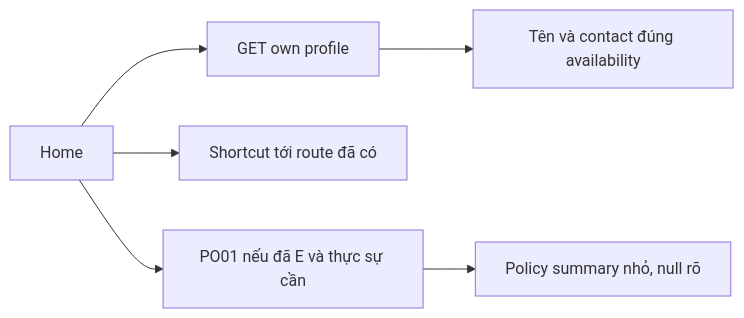
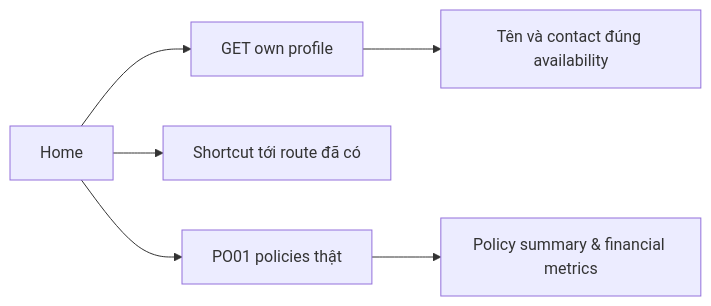
Before and after one commit to natuan05/LifeInsuranceAIAssistant: the diagram in docs/ui/customer/plans/home/02-home-composition.md, drawn with Mermaid. The commit also changed other lines of this file and 47 other files, not shown here.

````diff
--- a/docs/ui/customer/plans/home/02-home-composition.md
+++ b/docs/ui/customer/plans/home/02-home-composition.md
@@ -15,8 +22,8 @@
 ```mermaid
 flowchart LR
   A[Home] --> B[GET own profile]
   B --> C[Tên và contact đúng availability]
   A --> D[Shortcut tới route đã có]
-  A --> E[PO01 nếu đã E và thực sự cần]
-  E --> F[Policy summary nhỏ, null rõ]
+  A --> E[PO01 policies thật]
+  E --> F[Policy summary & financial metrics]
 ```
````
